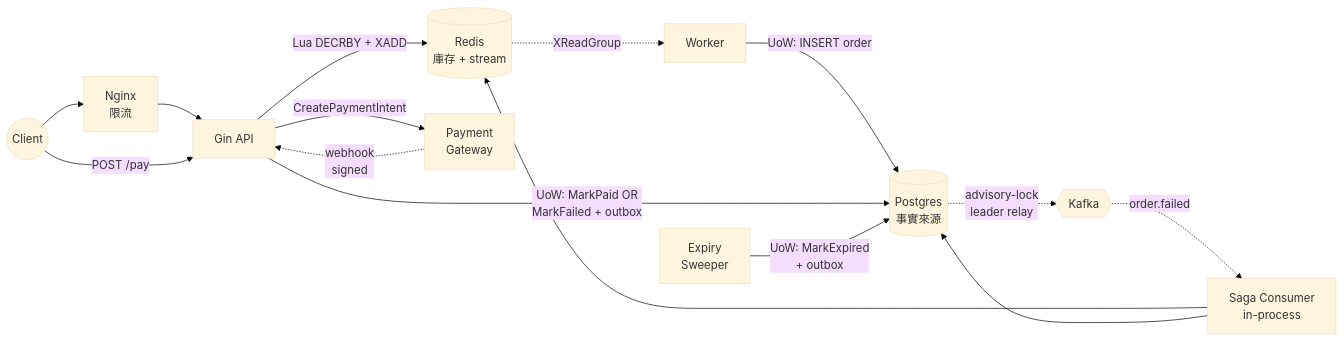
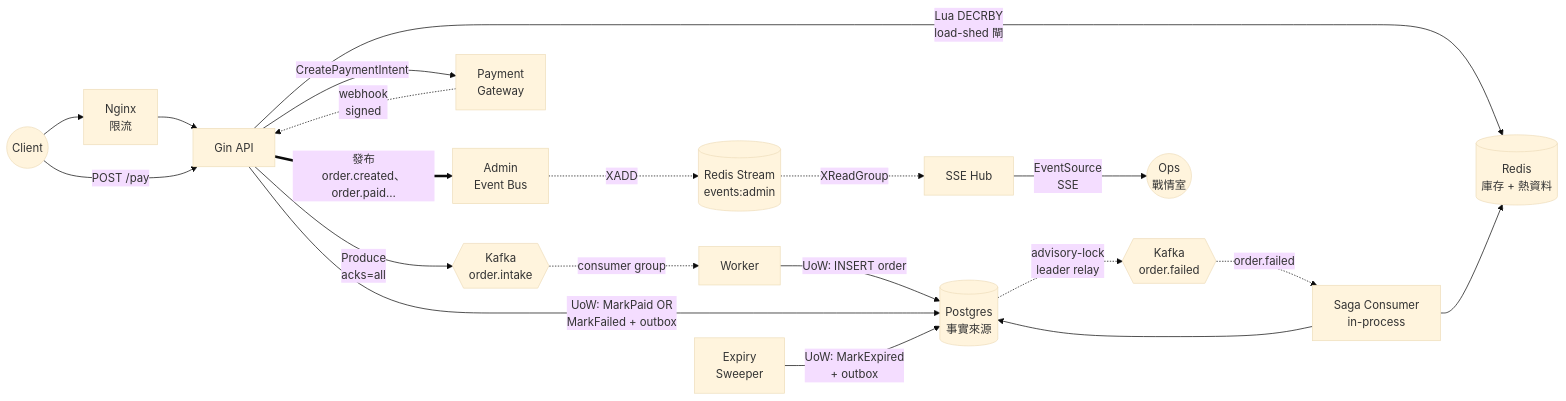
The first of 6 diagrams in README.zh-TW.md (Leon180/booking_monitor), drawn with Mermaid (base theme) before and after one commit. The commit also changed other lines of this file and 4 other files, not shown here.

````diff
--- a/README.zh-TW.md
+++ b/README.zh-TW.md
@@ -11,17 +11,22 @@
 ```mermaid
 flowchart LR
     Client((Client)) --> Nginx[Nginx<br/>限流]
     Nginx --> API[Gin API]
-    API -->|Lua DECRBY + XADD| Redis[(Redis<br/>庫存 + stream)]
-    Redis -.->|XReadGroup| Worker
+    API -->|Lua DECRBY<br/>load-shed 閘| Redis[(Redis<br/>庫存 + 熱資料)]
+    API -->|Produce<br/>acks=all| KIntake{{Kafka<br/>order.intake}}
+    KIntake -.->|consumer group| Worker
     Worker -->|UoW: INSERT order| PG[(Postgres<br/>事實來源)]
     Client -->|POST /pay| API
     API -->|CreatePaymentIntent| Gateway[Payment<br/>Gateway]
     Gateway -.->|webhook<br/>signed| API
     API -->|UoW: MarkPaid OR<br/>MarkFailed + outbox| PG
     Sweeper[Expiry<br/>Sweeper] -->|UoW: MarkExpired<br/>+ outbox| PG
-    PG -.->|advisory-lock<br/>leader relay| Kafka{{Kafka}}
-    Kafka -.->|order.failed| Saga[Saga Consumer<br/>in-process]
+    PG -.->|advisory-lock<br/>leader relay| KOutbox{{Kafka<br/>order.failed}}
+    KOutbox -.->|order.failed| Saga[Saga Consumer<br/>in-process]
     Saga --> Redis
     Saga --> PG
+    API ==>|發布<br/>order.created、order.paid…| Bus[Admin<br/>Event Bus]
+    Bus -.->|XADD| RStream[(Redis Stream<br/>events:admin)]
+    RStream -.->|XReadGroup| Hub[SSE Hub]
+    Hub -->|EventSource<br/>SSE| Ops((Ops<br/>戰情室))
 ```
````
